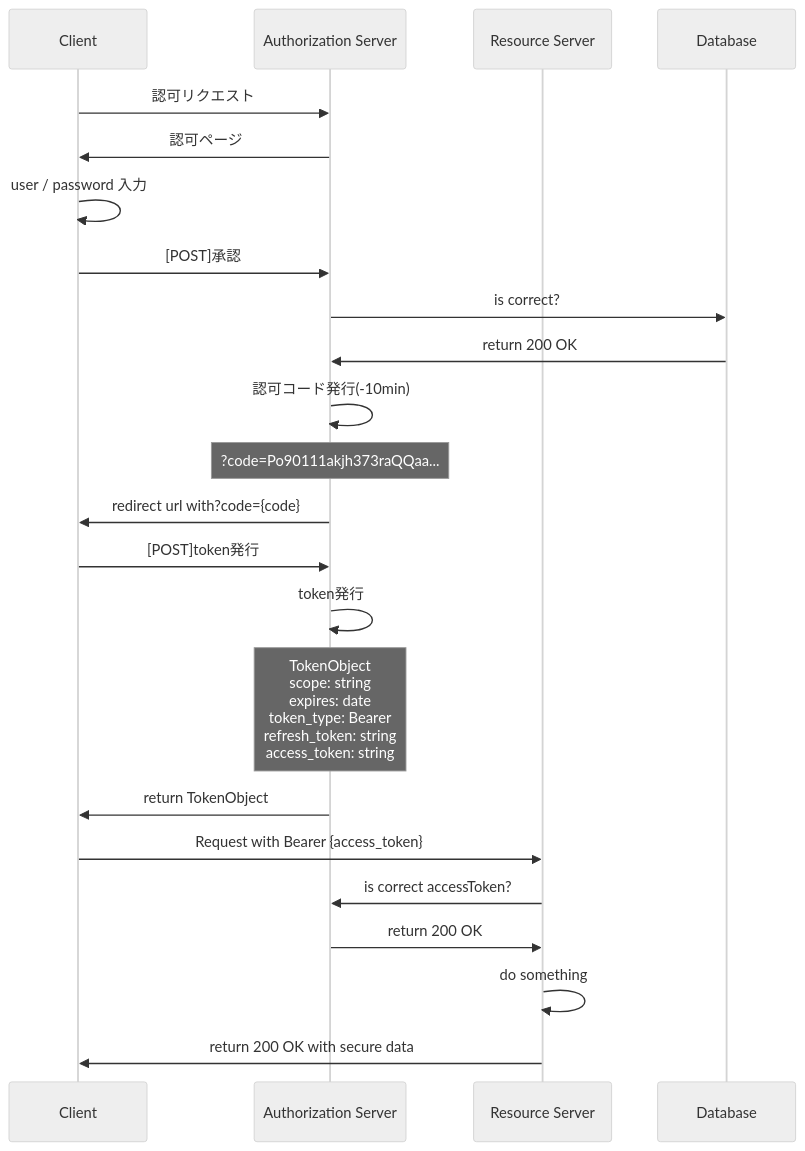
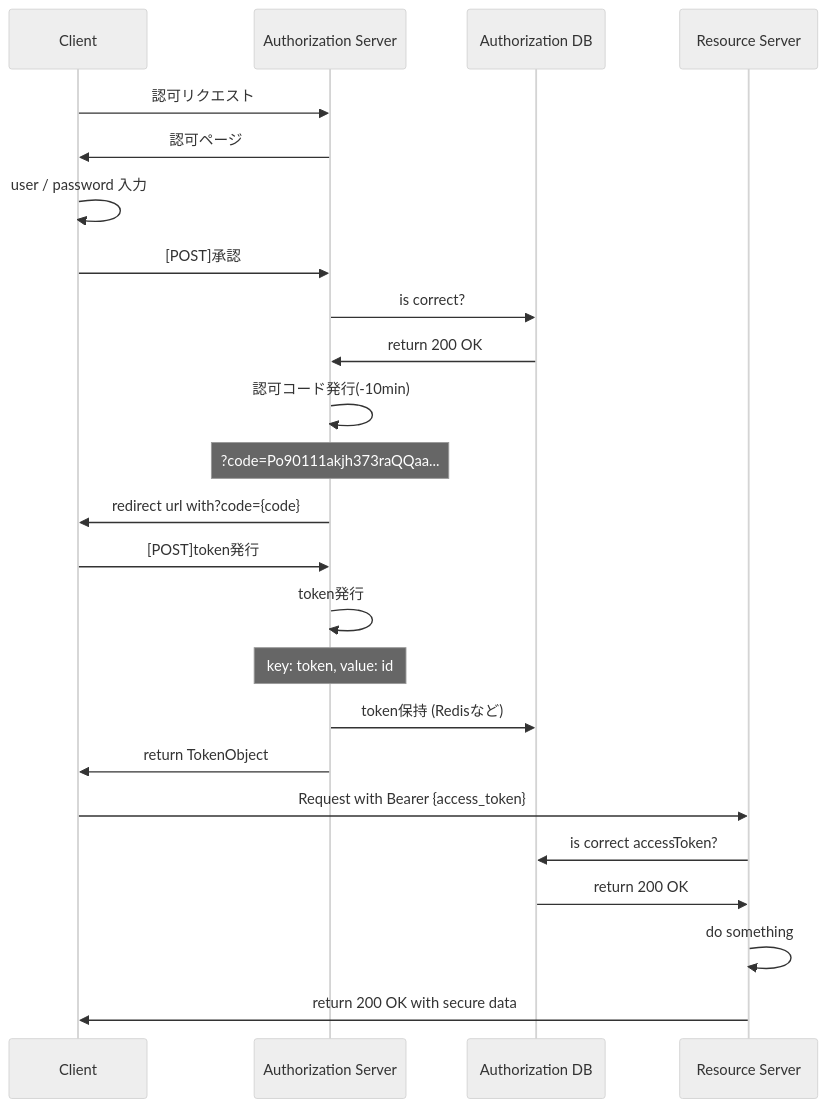
Before and after one commit to yutakasugiura/redis_learning: the second of 2 diagrams in README.md, drawn with Mermaid (neutral theme). The commit also changed other lines of this file, not shown here.

````diff
--- a/README.md
+++ b/README.md
@@ -104,26 +104,27 @@
 ```mermaid
 sequenceDiagram
   participant Client
   participant Auth as Authorization Server
+  participant DB as Authorization DB
   participant Resource as Resource Server
-  participant DB as Database
 
   Client ->> Auth: 認可リクエスト
   Auth ->> Client: 認可ページ
   Client ->> Client: user / password 入力
   Client ->> Auth: [POST]承認
   Auth ->> DB: is correct?
   DB ->> Auth: return 200 OK
   Auth ->> Auth: 認可コード発行(-10min)
     note over Auth: ?code=Po90111akjh373raQQaa...
   Auth ->> Client: redirect url with?code={code}
   Client ->> Auth: [POST]token発行
   Auth ->> Auth: token発行
-    note over Auth: TokenObject<br>scope: string<br>expires: date<br> token_type: Bearer<br>refresh_token: string<br>access_token: string
+    note over Auth: key: token, value: id
+  Auth ->> DB: token保持 (Redisなど)
   Auth ->> Client: return TokenObject
   Client ->> Resource: Request with Bearer {access_token}
-  Resource ->> Auth: is correct accessToken?
-  Auth ->> Resource: return 200 OK
+  Resource ->> DB: is correct accessToken?
+  DB ->> Resource: return 200 OK
   Resource ->> Resource: do something
   Resource ->> Client: return 200 OK with secure data
 ```
````
